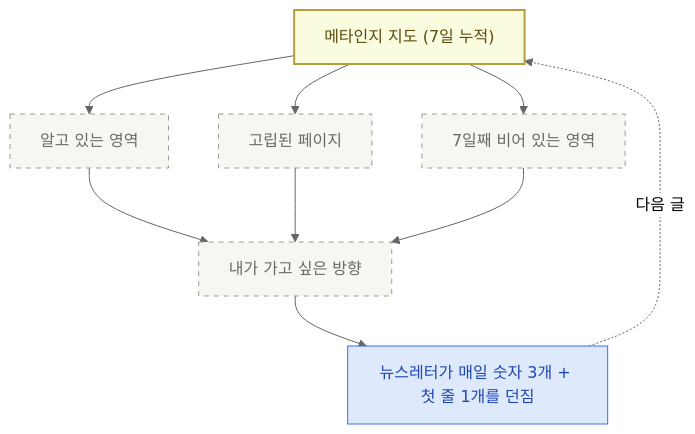
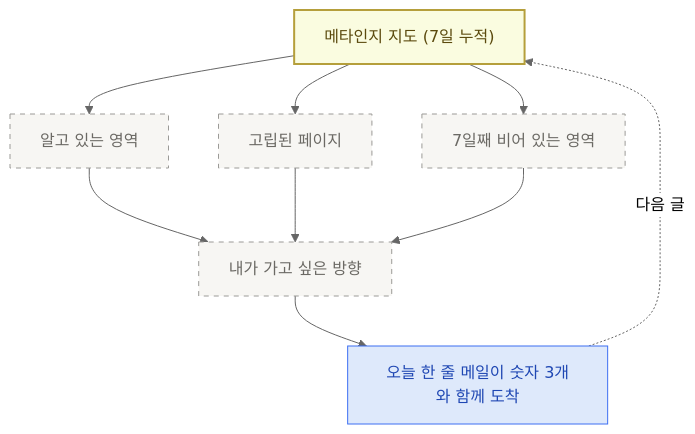
The second of 2 diagrams in content/week2/newsletter.mdx (effectiveai-io/my-learning-agent), drawn with Mermaid (neutral theme) before and after one commit. The commit also changed other lines of this file and 4 other files, not shown here.

````diff
--- a/content/week2/newsletter.mdx
+++ b/content/week2/newsletter.mdx
@@ -180,25 +138,25 @@
 ```mermaid
 flowchart TD
     Map["메타인지 지도 (7일 누적)"]
     Known["알고 있는 영역"]
     Isolated["고립된 페이지"]
     Empty["7일째 비어 있는 영역"]
     Direction["내가 가고 싶은 방향"]
-    Newsletter["뉴스레터가 매일 숫자 3개 + 첫 줄 1개를 던짐"]
+    Mail["오늘 한 줄 메일이 숫자 3개와 함께 도착"]
 
     Map --> Known
     Map --> Isolated
     Map --> Empty
     Known --> Direction
     Isolated --> Direction
     Empty --> Direction
-    Direction --> Newsletter
-    Newsletter -.다음 글.-> Map
+    Direction --> Mail
+    Mail -.다음 글.-> Map
 
     classDef now fill:#dee9fb,stroke:#3d6ff2,color:#1f47b3
     classDef axis fill:#fafce0,stroke:#b59f3b,stroke-width:2px,color:#5b4a0e
     classDef next fill:#f7f6f3,stroke:#9b9a97,stroke-dasharray:5,color:#6b6964
-    class Newsletter now
+    class Mail now
     class Map axis
     class Known,Isolated,Empty,Direction next
 ```
````
